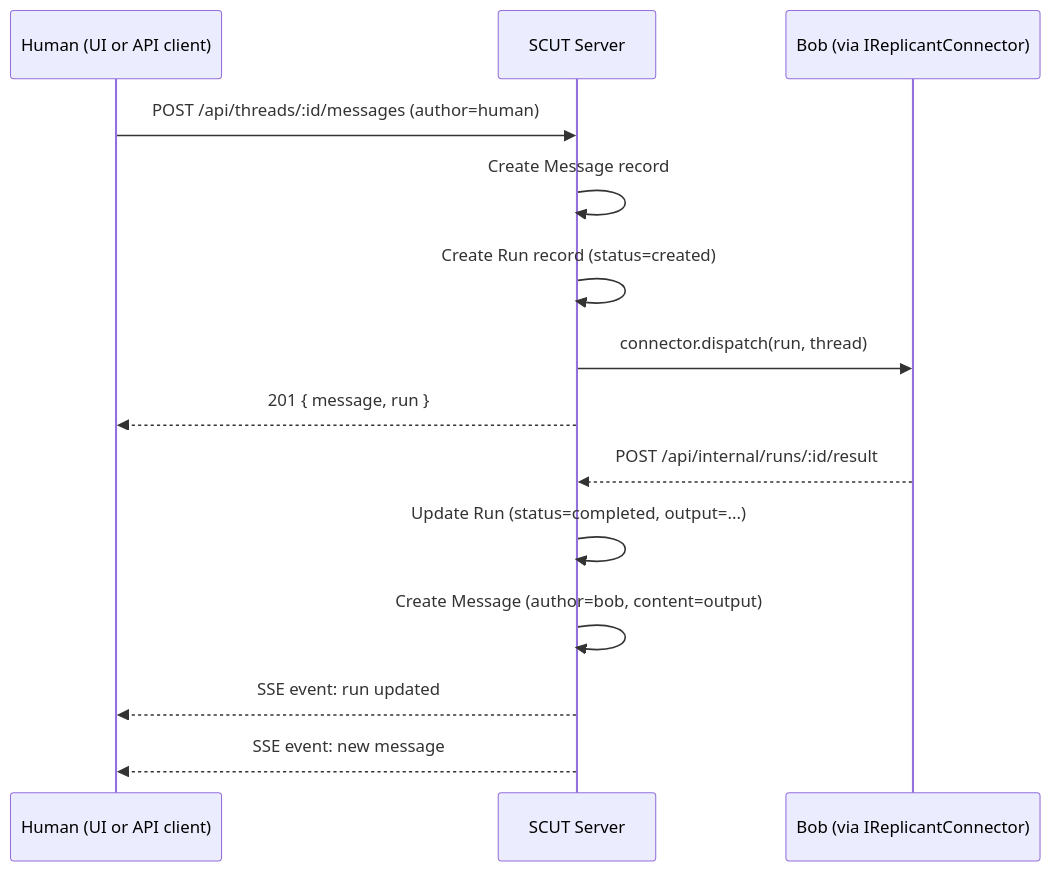
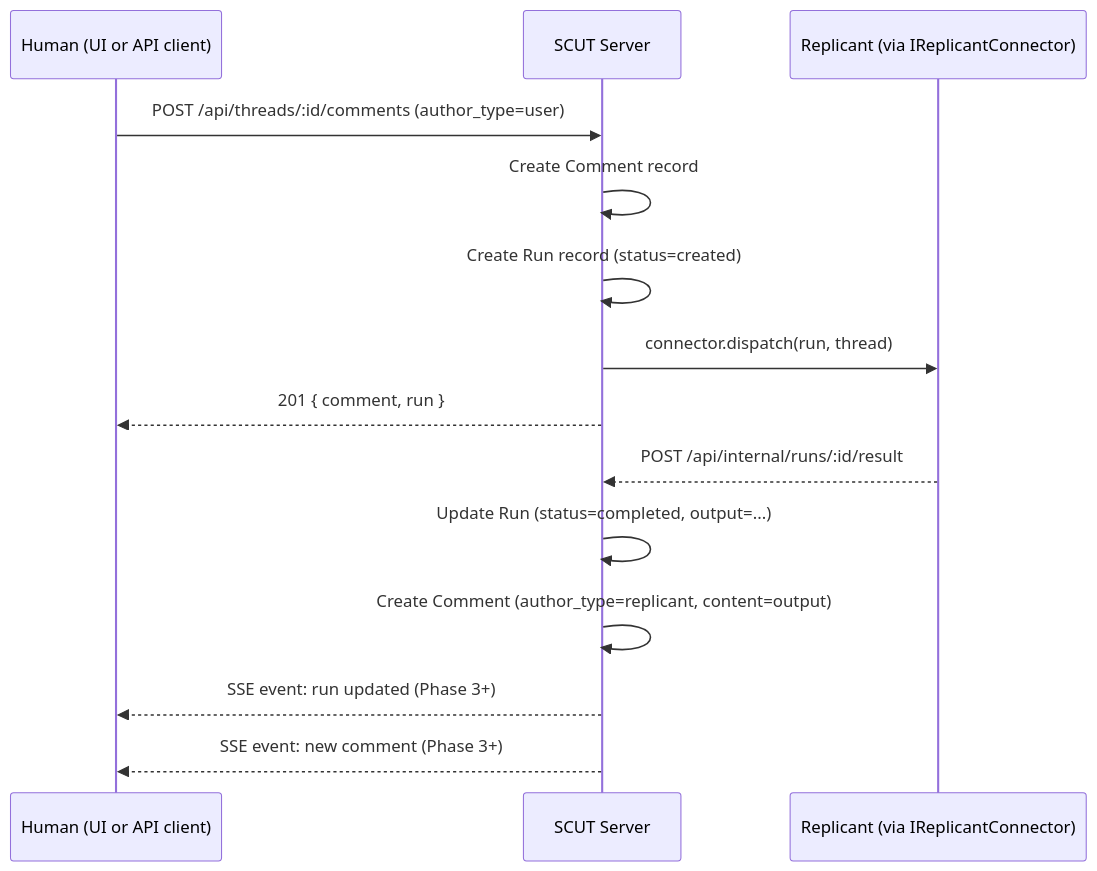
One commit to eridanilabs/scut changed the fourth of 4 diagrams in docs/spec/spec.md. Above: the diagram before and after it, drawn with Mermaid. The commit also changed other lines of this file and 3 other files, not shown here.

````diff
--- a/docs/spec/spec.md
+++ b/docs/spec/spec.md
@@ -358,17 +482,17 @@
 ```mermaid
 sequenceDiagram
     participant H as Human (UI or API client)
     participant S as SCUT Server
-    participant B as Bob (via IReplicantConnector)
+    participant R as Replicant (via IReplicantConnector)
 
-    H->>S: POST /api/threads/:id/messages (author=human)
-    S->>S: Create Message record
+    H->>S: POST /api/threads/:id/comments (author_type=user)
+    S->>S: Create Comment record
     S->>S: Create Run record (status=created)
-    S->>B: connector.dispatch(run, thread)
-    S-->>H: 201 { message, run }
-    B-->>S: POST /api/internal/runs/:id/result
+    S->>R: connector.dispatch(run, thread)
+    S-->>H: 201 { comment, run }
+    R-->>S: POST /api/internal/runs/:id/result
     S->>S: Update Run (status=completed, output=...)
-    S->>S: Create Message (author=bob, content=output)
-    S-->>H: SSE event: run updated
-    S-->>H: SSE event: new message
+    S->>S: Create Comment (author_type=replicant, content=output)
+    S-->>H: SSE event: run updated (Phase 3+)
+    S-->>H: SSE event: new comment (Phase 3+)
 ```
````
